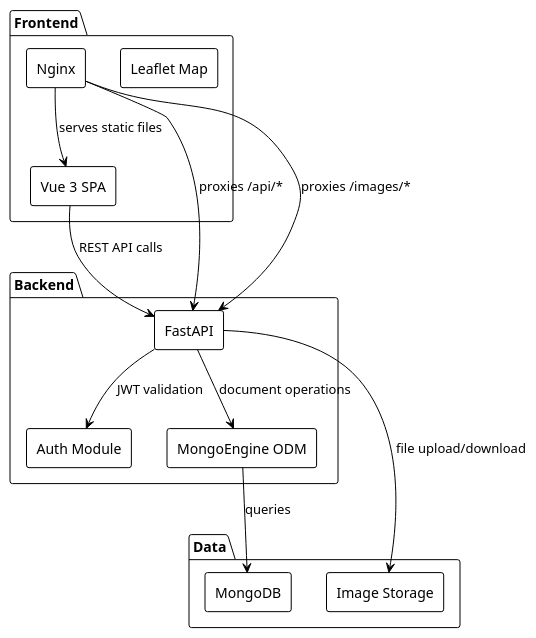
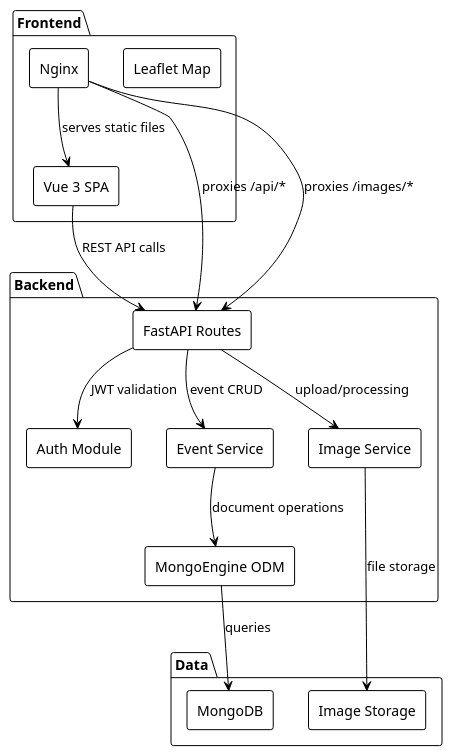
One commit to HEIG-RESONATE/resonate2 changed the diagram in docs/diagrams/architecture.puml. Above: the diagram before and after it, drawn with PlantUML. The commit also changed 9 other files, not shown here.

```diff
--- a/docs/diagrams/architecture.puml
+++ b/docs/diagrams/architecture.puml
@@ -1,32 +1,36 @@
 @startuml
 !theme plain
 skinparam componentStyle rectangle
 skinparam defaultFontName "Arial"
 
 package "Frontend" {
   [Vue 3 SPA] as [Vue]
   [Leaflet Map] as [Map]
   [Nginx] as [Nginx]
 }
 
 package "Backend" {
-  [FastAPI] as [API]
+  [FastAPI Routes] as [API]
   [Auth Module] as [Auth]
+  [Event Service] as [EventService]
+  [Image Service] as [ImageService]
   [MongoEngine ODM] as [ODM]
 }
 
 package "Data" {
   database "MongoDB" as [Mongo]
   storage "Image Storage" as [Images]
 }
 
 [Nginx] --> [Vue] : serves static files
 [Nginx] --> [API] : proxies /api/*
 [Nginx] --> [API] : proxies /images/*
 [Vue] --> [API] : REST API calls
 [API] --> [Auth] : JWT validation
-[API] --> [ODM] : document operations
+[API] --> [EventService] : event CRUD
+[API] --> [ImageService] : upload/processing
+[EventService] --> [ODM] : document operations
+[ImageService] --> [Images] : file storage
 [ODM] --> [Mongo] : queries
-[API] --> [Images] : file upload/download
 
 @enduml
```
